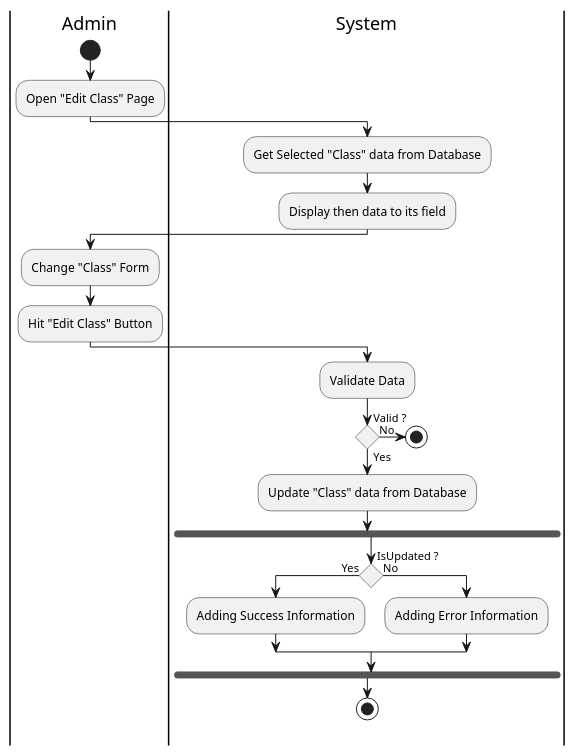
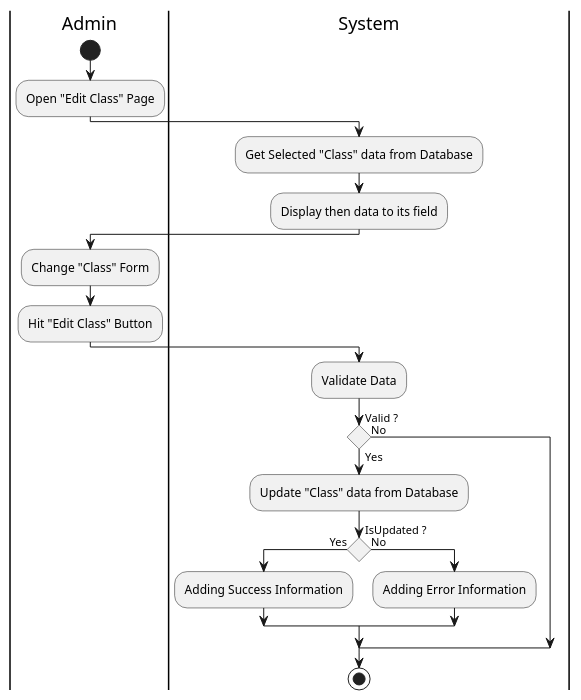
One commit to fwidjaya20/fazzlearning-uml changed the diagram in Activity/Release01/UpdateClass.wsd. Above: the diagram before and after it, drawn with PlantUML. The commit also changed 59 other files, not shown here.

```diff
--- a/Activity/Release01/UpdateClass.wsd
+++ b/Activity/Release01/UpdateClass.wsd
@@ -1,35 +1,33 @@
 @startuml UpdateClass
 
 skinparam ConditionEndStyle hline
 skinparam conditionStyle diamond
 skinparam Monochrome true
 skinparam Shadowing false
 
 |Admin|
 start
 :Open "Edit Class" Page;
 
 |System|
 :Get Selected "Class" data from Database;
 :Display then data to its field;
 
 |Admin|
 :Change "Class" Form;
 :Hit "Edit Class" Button;
 
 |System|
 :Validate Data;
 if (Valid ?) then (Yes)
     :Update "Class" data from Database;
-    fork
-        if (IsUpdated ?) then (Yes)
-            :Adding Success Information;
-        else (No)
-            :Adding Error Information;
-        endif
-    endfork
-    stop
+    if (IsUpdated ?) then (Yes)
+        :Adding Success Information;
+    else (No)
+        :Adding Error Information;
+    endif
 else (No)
-    stop
 endif
+stop
+
 @enduml
```
